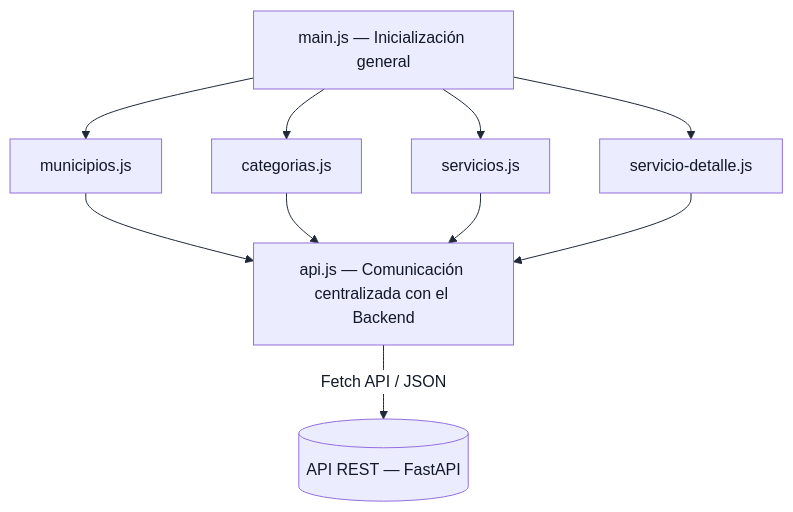
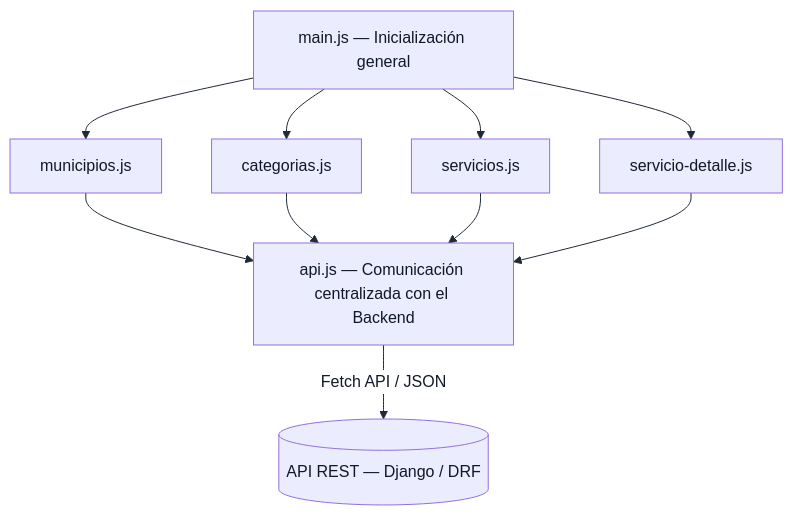
Before and after one commit to Darksam03/RuralConecta-ProyectoWeb: the fourth of 8 diagrams in docs/arquitectura/estructura-frontend.md, drawn with Mermaid. The commit also changed other lines of this file and 5 other files, not shown here.

````diff
--- a/docs/arquitectura/estructura-frontend.md
+++ b/docs/arquitectura/estructura-frontend.md
@@ -327,22 +327,22 @@
 ```mermaid
 %%{init: {'themeVariables': {'textColor':'#111827','primaryTextColor':'#111827','primaryColor':'#eef2f7','primaryBorderColor':'#1f2937','lineColor':'#1f2937','secondaryColor':'#eef2f7','tertiaryColor':'#f3f4f6','edgeLabelBackground':'#ffffff'}}}%%
 flowchart TD
     main["main.js — Inicialización general"]
     api["api.js — Comunicación centralizada con el Backend"]
     mun["municipios.js"]
     cat["categorias.js"]
     serv["servicios.js"]
     det["servicio-detalle.js"]
 
     main --> mun
     main --> cat
     main --> serv
     main --> det
 
     mun --> api
     cat --> api
     serv --> api
     det --> api
 
-    api -->|"Fetch API / JSON"| Backend[("API REST — FastAPI")]
+    api -->|"Fetch API / JSON"| Backend[("API REST — Django / DRF")]
 ```
````
